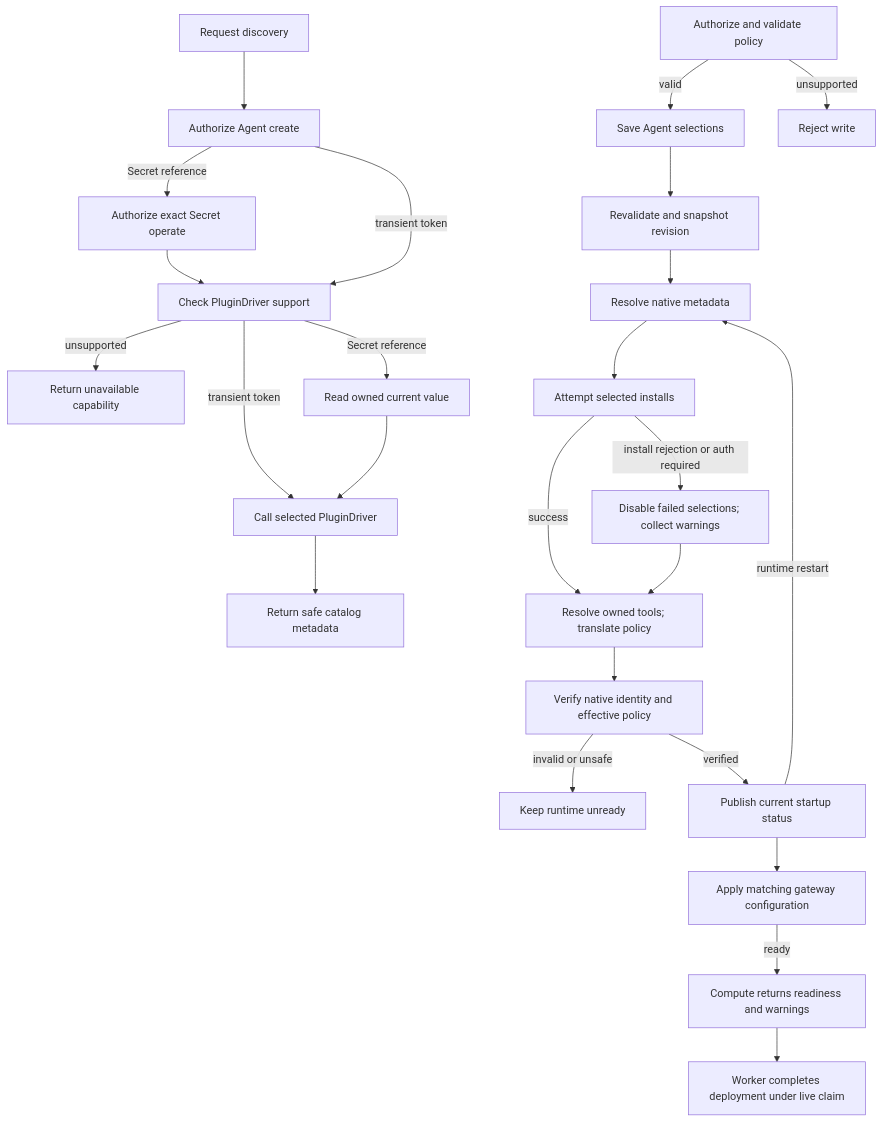
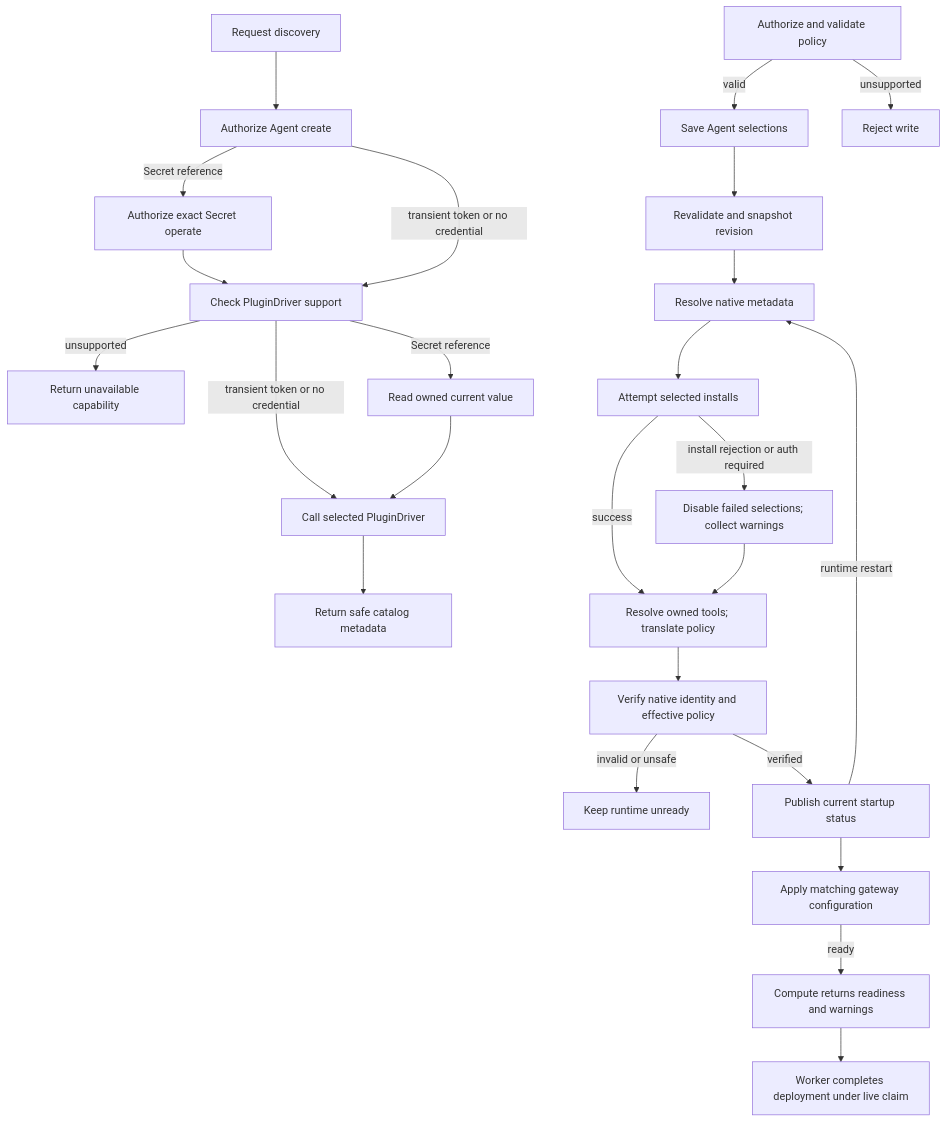
Before and after one commit to IsaiahStapleton/openclaw-enterprise: the diagram in docs/flows/agent-plugins.md, drawn with Mermaid. The commit also changed other lines of this file and 25 other files, not shown here.

````diff
--- a/docs/flows/agent-plugins.md
+++ b/docs/flows/agent-plugins.md
@@ -31,27 +30,27 @@
 ```mermaid
 graph TD
   D0["Request discovery"] --> D1["Authorize Agent create"]
   D1 -->|Secret reference| D2["Authorize exact Secret operate"]
   D2 --> D6["Check PluginDriver support"]
-  D1 -->|transient token| D6
+  D1 -->|transient token or no credential| D6
   D6 -->|unsupported| D7["Return unavailable capability"]
   D6 -->|Secret reference| D3["Read owned current value"]
-  D6 -->|transient token| D4["Call selected PluginDriver"]
+  D6 -->|transient token or no credential| D4["Call selected PluginDriver"]
   D3 --> D4
   D4 --> D5["Return safe catalog metadata"]
   A["Authorize and validate policy"] -->|valid| S["Save Agent selections"]
   A -->|unsupported| Y["Reject write"]
   S --> B["Revalidate and snapshot revision"]
   B --> C["Resolve native metadata"]
   C --> D["Attempt selected installs"]
   D -->|install rejection or auth required| E["Disable failed selections; collect warnings"]
   D -->|success| T["Resolve owned tools; translate policy"]
   E --> T
   T --> F["Verify native identity and effective policy"]
   F -->|invalid or unsafe| X["Keep runtime unready"]
   F -->|verified| G["Publish current startup status"]
   G --> H["Apply matching gateway configuration"]
   H -->|ready| I["Compute returns readiness and warnings"]
   I --> J["Worker completes deployment under live claim"]
   G -->|runtime restart| C
 ```
````
